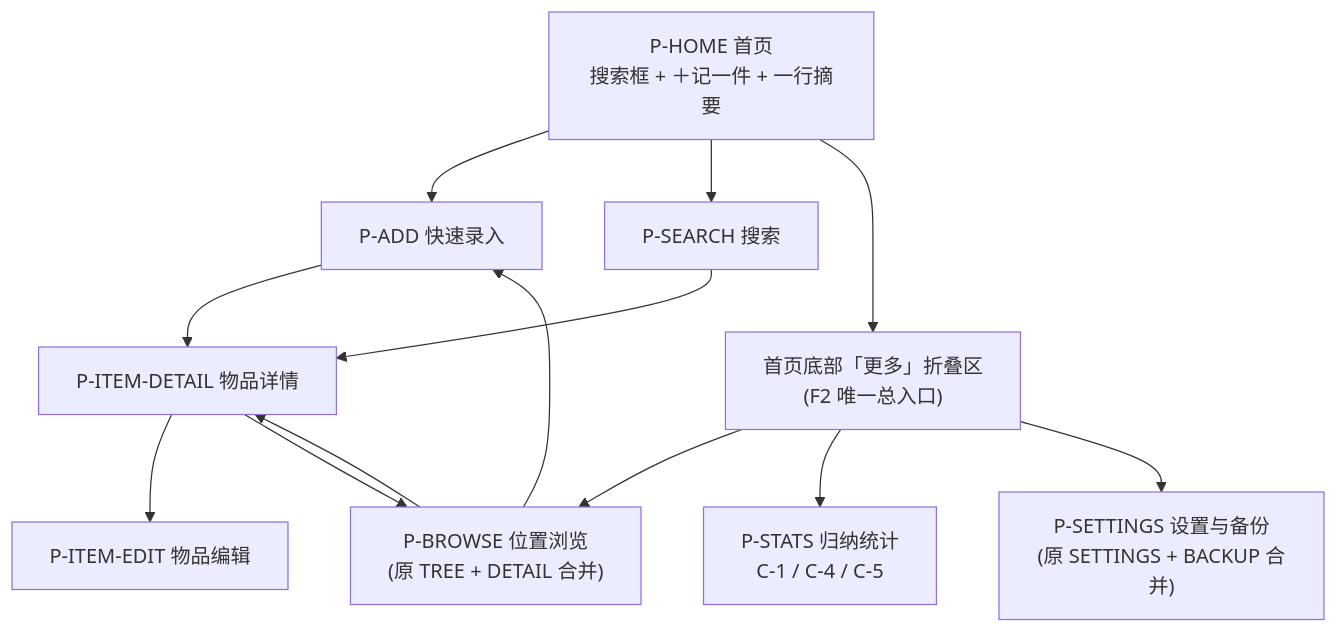
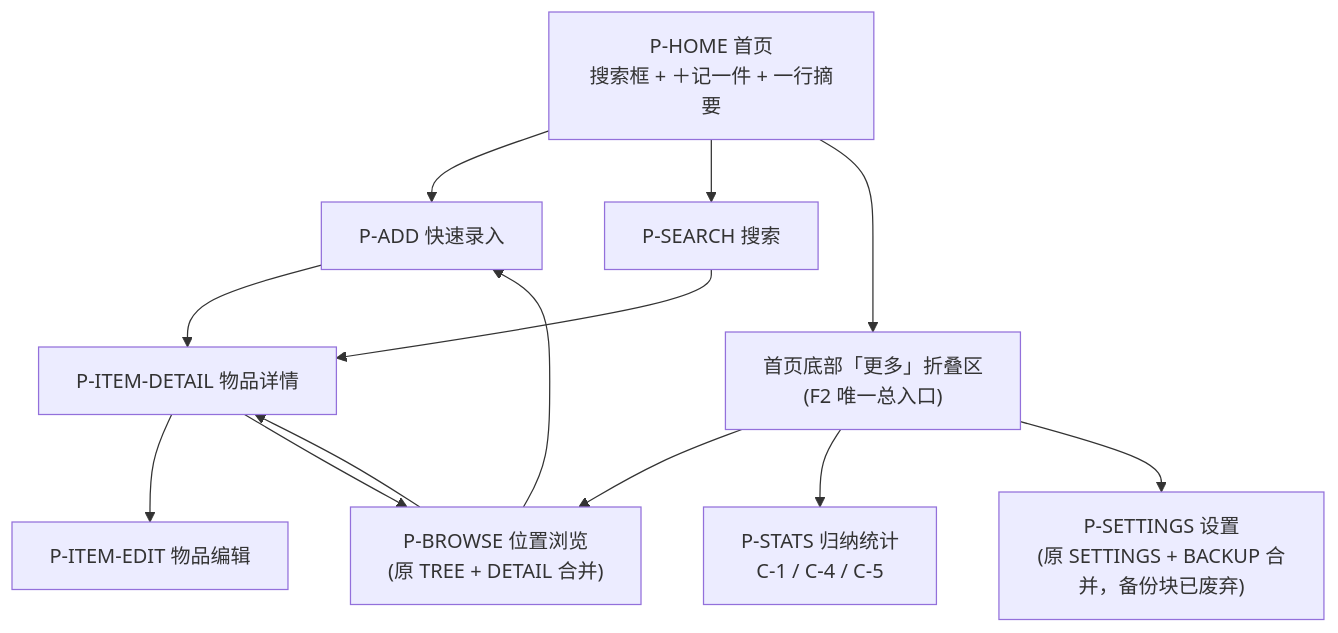
The diagram in docs/prd/07-页面结构与关键交互.md (dreamfound/shouna), drawn with Mermaid before and after one commit. The commit also changed other lines of this file and 89 other files, not shown here.

````diff
--- a/docs/prd/07-页面结构与关键交互.md
+++ b/docs/prd/07-页面结构与关键交互.md
@@ -35,25 +35,25 @@
 ```mermaid
 graph TD
     HOME["P-HOME 首页<br/>搜索框 + ＋记一件 + 一行摘要"]
     MORE["首页底部「更多」折叠区<br/>(F2 唯一总入口)"]
     ADD["P-ADD 快速录入"]
     SEARCH["P-SEARCH 搜索"]
     ITEMDET["P-ITEM-DETAIL 物品详情"]
     BROWSE["P-BROWSE 位置浏览<br/>(原 TREE + DETAIL 合并)"]
     STATS["P-STATS 归纳统计<br/>C-1 / C-4 / C-5"]
     EDIT["P-ITEM-EDIT 物品编辑"]
-    SET["P-SETTINGS 设置与备份<br/>(原 SETTINGS + BACKUP 合并)"]
+    SET["P-SETTINGS 设置<br/>(原 SETTINGS + BACKUP 合并，备份块已废弃)"]
 
     HOME --> ADD
     HOME --> SEARCH
     HOME --> MORE
     MORE --> BROWSE
     MORE --> STATS
     MORE --> SET
     ADD --> ITEMDET
     SEARCH --> ITEMDET
     BROWSE --> ADD
     BROWSE --> ITEMDET
     ITEMDET --> EDIT
     ITEMDET --> BROWSE
 ```
````
